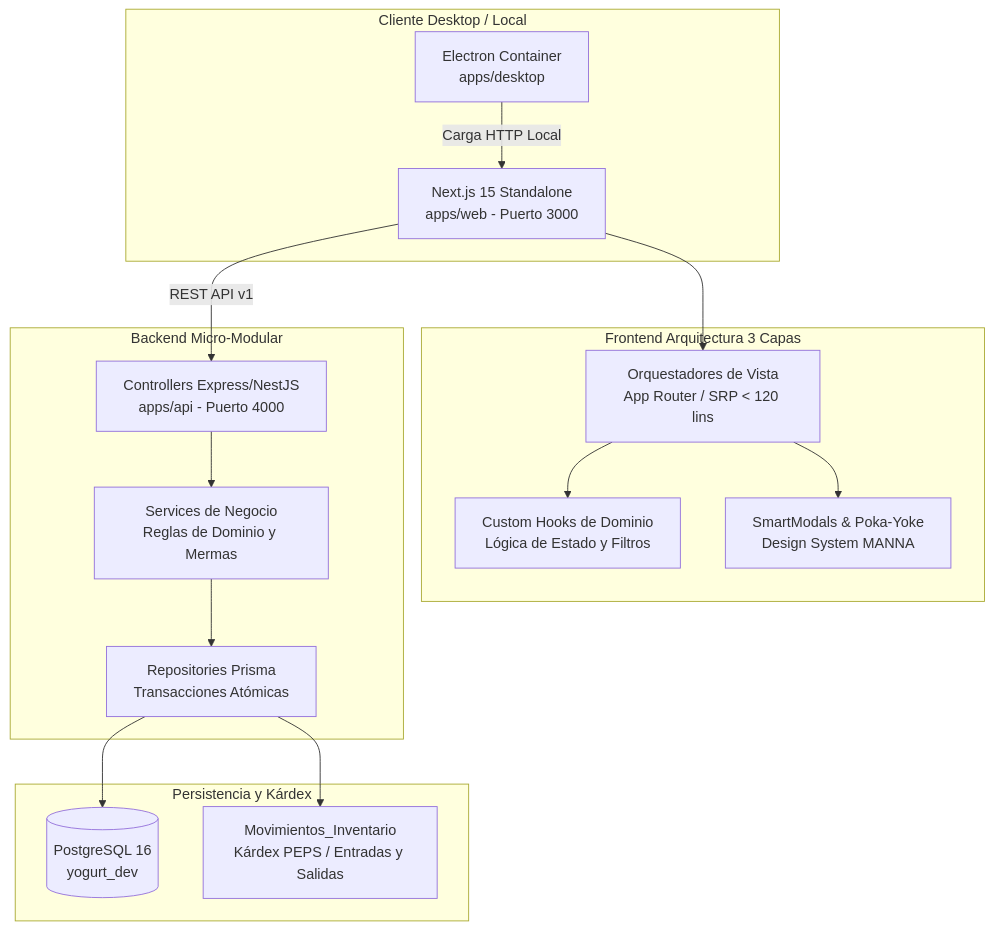
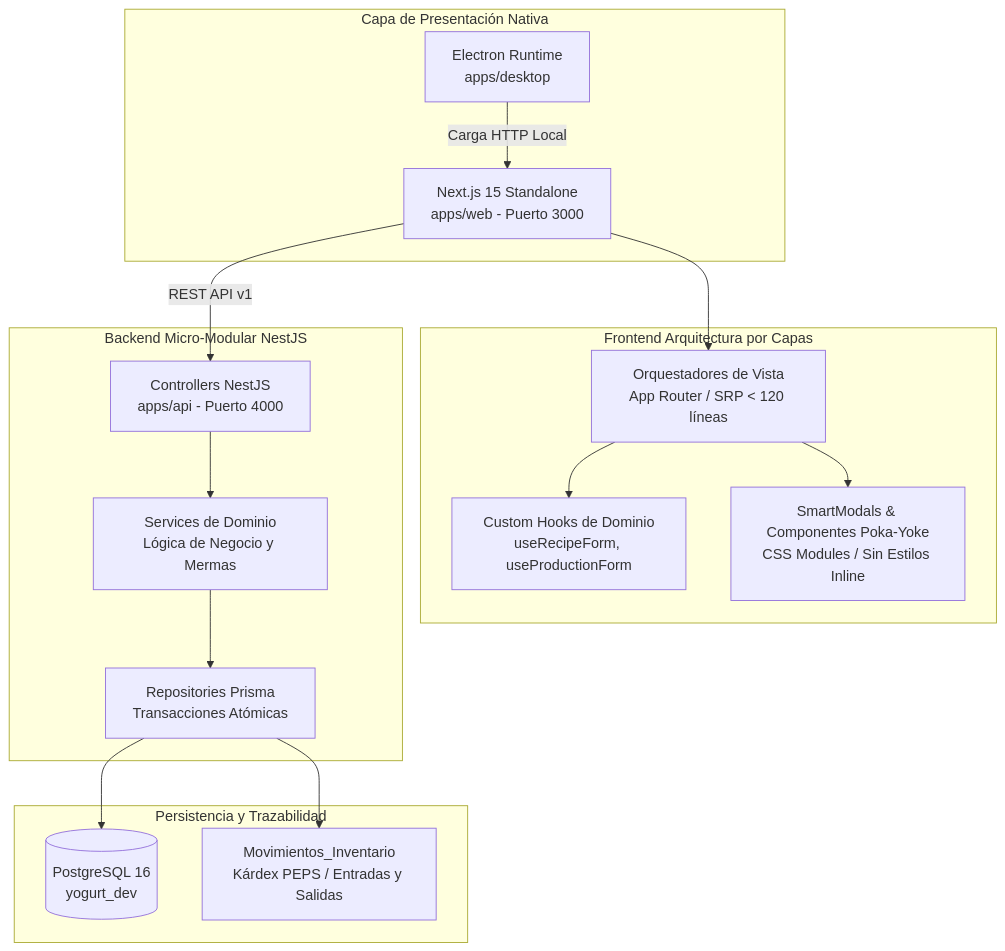
The diagram in README.md (luisalfonso2800-crypto/App-Gesti-n-empresarial-de-Yogurt), drawn with Mermaid before and after one commit. The commit also changed other lines of this file, not shown here.

Commit message:
docs: actualizar README corporativo con arquitectura integral, diagramas, modulos y suites de prueba exhaustivas

````diff
--- a/README.md
+++ b/README.md
@@ -52,23 +52,23 @@
 ```mermaid
 graph TD
-    subgraph Cliente Desktop / Local
-        E[Electron Container<br/>apps/desktop] -->|Carga HTTP Local| W[Next.js 15 Standalone<br/>apps/web - Puerto 3000]
+    subgraph Capa de Presentación Nativa
+        E[Electron Runtime<br/>apps/desktop] -->|Carga HTTP Local| W[Next.js 15 Standalone<br/>apps/web - Puerto 3000]
     end
 
-    subgraph Frontend Arquitectura 3 Capas
-        W --> Views[Orquestadores de Vista<br/>App Router / SRP &lt; 120 lins]
-        Views --> Hooks[Custom Hooks de Dominio<br/>Lógica de Estado y Filtros]
-        Views --> Modals[SmartModals &amp; Poka-Yoke<br/>Design System MANNA]
+    subgraph Frontend Arquitectura por Capas
+        W --> Views[Orquestadores de Vista<br/>App Router / SRP &lt; 120 líneas]
+        Views --> Hooks[Custom Hooks de Dominio<br/>useRecipeForm, useProductionForm]
+        Views --> Modals[SmartModals &amp; Componentes Poka-Yoke<br/>CSS Modules / Sin Estilos Inline]
     end
 
-    subgraph Backend Micro-Modular
-        W -->|REST API v1| C[Controllers Express/NestJS<br/>apps/api - Puerto 4000]
-        C --> S[Services de Negocio<br/>Reglas de Dominio y Mermas]
+    subgraph Backend Micro-Modular NestJS
+        W -->|REST API v1| C[Controllers NestJS<br/>apps/api - Puerto 4000]
+        C --> S[Services de Dominio<br/>Lógica de Negocio y Mermas]
         S --> R[Repositories Prisma<br/>Transacciones Atómicas]
     end
 
-    subgraph Persistencia y Kárdex
+    subgraph Persistencia y Trazabilidad
         R --> DB[(PostgreSQL 16<br/>yogurt_dev)]
         R --> KDX[Movimientos_Inventario<br/>Kárdex PEPS / Entradas y Salidas]
     end
 ```
````
